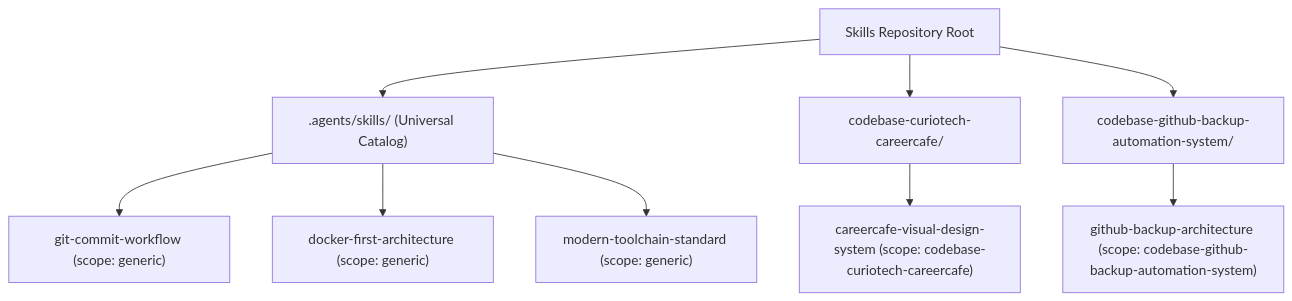
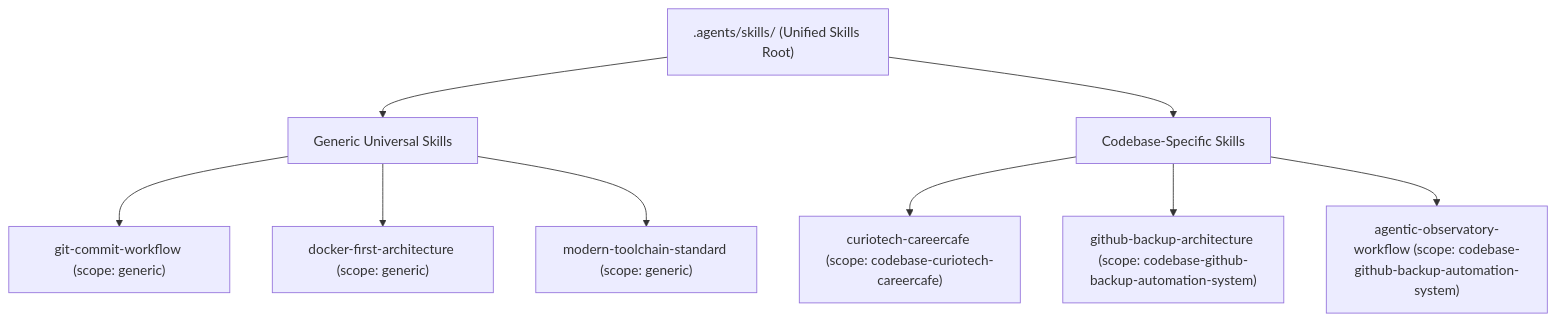
Before and after one commit to Career-Cafe/agent-skills-hub-sync-engine: the diagram in .agents/skills/skill-taxonomy-and-scope-governance/SKILL.md, drawn with Mermaid. The commit also changed other lines of this file and 14 other files, not shown here.

Commit message:
refactor(skills): relocate all skills to .agents/skills, remove ct-skills symlink, and unify CareerCafe skill

````diff
--- a/.agents/skills/skill-taxonomy-and-scope-governance/SKILL.md
+++ b/.agents/skills/skill-taxonomy-and-scope-governance/SKILL.md
@@ -23,14 +23,14 @@
 ```mermaid
 flowchart TD
-    Catalog[Skills Repository Root]
-    Catalog --> Generic[".agents/skills/ (Universal Catalog)"]
-    Catalog --> Codebase1["codebase-curiotech-careercafe/"]
-    Catalog --> Codebase2["codebase-github-backup-automation-system/"]
+    Skills[".agents/skills/ (Unified Skills Root)"]
+    Skills --> Generic["Generic Universal Skills"]
+    Skills --> Codebase["Codebase-Specific Skills"]
 
     Generic --> G1["git-commit-workflow (scope: generic)"]
     Generic --> G2["docker-first-architecture (scope: generic)"]
     Generic --> G3["modern-toolchain-standard (scope: generic)"]
 
-    Codebase1 --> C1["careercafe-visual-design-system (scope: codebase-curiotech-careercafe)"]
-    Codebase2 --> C2["github-backup-architecture (scope: codebase-github-backup-automation-system)"]
+    Codebase --> C1["curiotech-careercafe (scope: codebase-curiotech-careercafe)"]
+    Codebase --> C2["github-backup-architecture (scope: codebase-github-backup-automation-system)"]
+    Codebase --> C3["agentic-observatory-workflow (scope: codebase-github-backup-automation-system)"]
 ```
````
